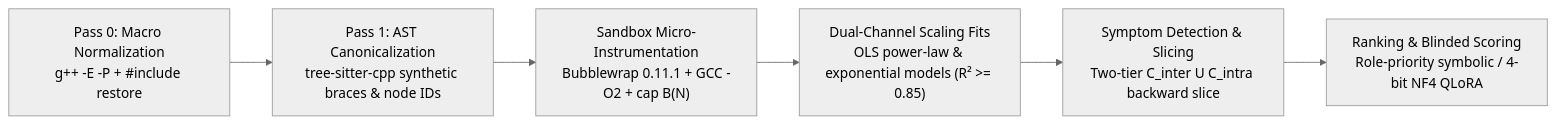
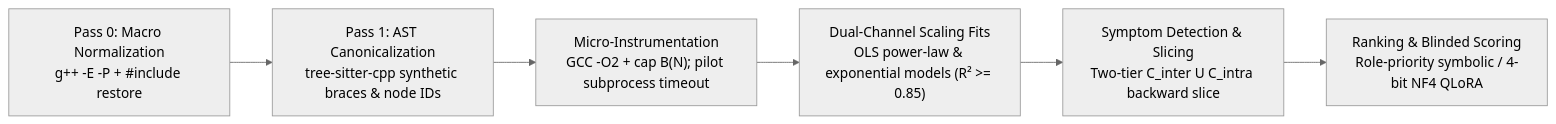
One commit to RefactorKai/eapg changed the diagram in README.md. Above: the diagram before and after it, drawn with Mermaid (neutral theme). The commit also changed other lines of this file and 9 other files, not shown here.

````diff
--- a/README.md
+++ b/README.md
@@ -9,8 +9,8 @@
 ```mermaid
 flowchart LR
     A["Pass 0: Macro Normalization<br/>g++ -E -P + #include restore"] --> B["Pass 1: AST Canonicalization<br/>tree-sitter-cpp synthetic braces & node IDs"]
-    B --> C["Sandbox Micro-Instrumentation<br/>Bubblewrap 0.11.1 + GCC -O2 + cap B(N)"]
+    B --> C["Micro-Instrumentation<br/>GCC -O2 + cap B(N); pilot subprocess timeout"]
     C --> D["Dual-Channel Scaling Fits<br/>OLS power-law & exponential models (R² >= 0.85)"]
     D --> E["Symptom Detection & Slicing<br/>Two-tier C_inter U C_intra backward slice"]
     E --> F["Ranking & Blinded Scoring<br/>Role-priority symbolic / 4-bit NF4 QLoRA"]
 ```
````
